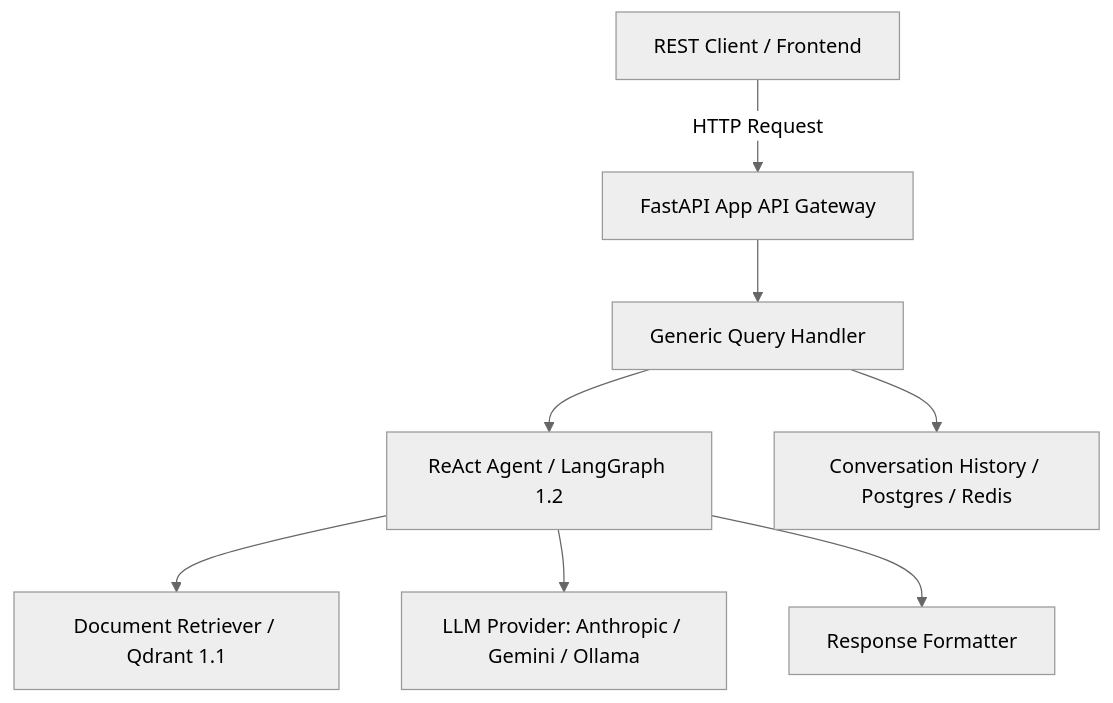
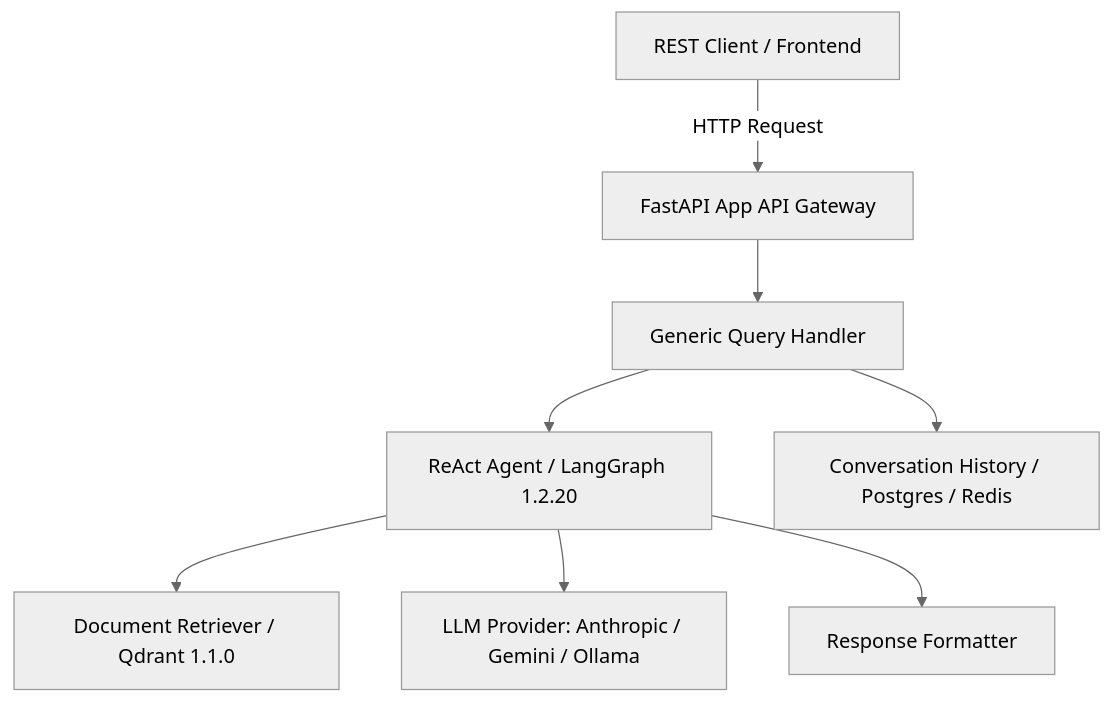
One commit to akjamie/rag-chatbot changed the diagram in openspec/changes/update-dependencies-get-related-libs/design.md. Above: the diagram before and after it, drawn with Mermaid (neutral theme). The commit also changed other lines of this file and 2 other files, not shown here.

````diff
--- a/openspec/changes/update-dependencies-get-related-libs/design.md
+++ b/openspec/changes/update-dependencies-get-related-libs/design.md
@@ -6,10 +6,10 @@
 ```mermaid
 flowchart TD
     Client[REST Client / Frontend] -->|HTTP Request| FastAPI[FastAPI App API Gateway]
     FastAPI --> QueryHandler[Generic Query Handler]
-    QueryHandler --> ReActAgent[ReAct Agent / LangGraph 1.2]
-    ReActAgent --> ToolRetriever[Document Retriever / Qdrant 1.1]
+    QueryHandler --> ReActAgent[ReAct Agent / LangGraph 1.2.20]
+    ReActAgent --> ToolRetriever[Document Retriever / Qdrant 1.1.0]
     ReActAgent --> ModelProvider[LLM Provider: Anthropic / Gemini / Ollama]
     ReActAgent --> ResponseFormatter[Response Formatter]
     QueryHandler --> HistoryStore[Conversation History / Postgres / Redis]
 ```
````
